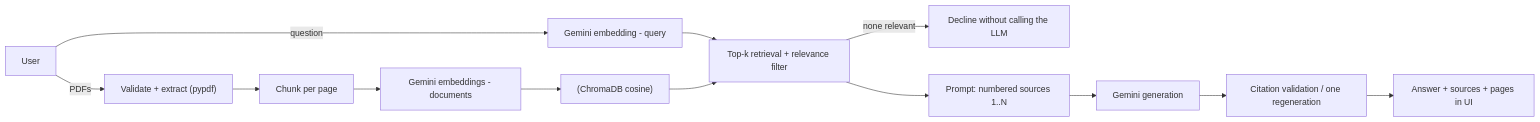
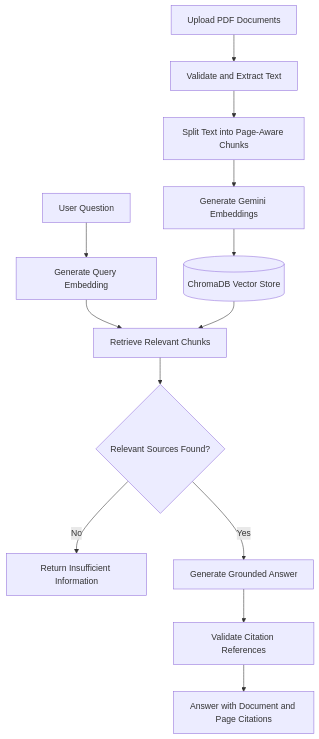
The diagram in README.md (MounikaChelamsetti/intellidocs-rag), drawn with Mermaid before and after one commit. The commit also changed other lines of this file, not shown here.

````diff
--- a/README.md
+++ b/README.md
@@ -25,15 +40,16 @@
 ```mermaid
-flowchart LR
-  U[User] -->|PDFs| V["Validate + extract (pypdf)"]
-  V --> C[Chunk per page]
-  C --> E1[Gemini embeddings - documents]
-  E1 --> DB["(ChromaDB cosine)"]
-  U -->|question| E2[Gemini embedding - query]
-  E2 --> R[Top-k retrieval + relevance filter]
-  DB --> R
-  R -->|none relevant| N[Decline without calling the LLM]
-  R --> P["Prompt: numbered sources 1..N"]
-  P --> G[Gemini generation]
-  G --> CV[Citation validation / one regeneration]
-  CV --> A[Answer + sources + pages in UI]
+flowchart TD
+    A[Upload PDF Documents] --> B[Validate and Extract Text]
+    B --> C[Split Text into Page-Aware Chunks]
+    C --> D[Generate Gemini Embeddings]
+    D --> E[(ChromaDB Vector Store)]
+
+    F[User Question] --> G[Generate Query Embedding]
+    G --> H[Retrieve Relevant Chunks]
+    E --> H
+    H --> I{Relevant Sources Found?}
+    I -- No --> J[Return Insufficient Information]
+    I -- Yes --> K[Generate Grounded Answer]
+    K --> L[Validate Citation References]
+    L --> M[Answer with Document and Page Citations]
 ```
````
